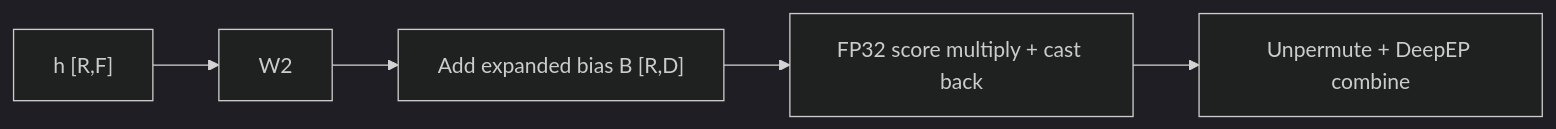
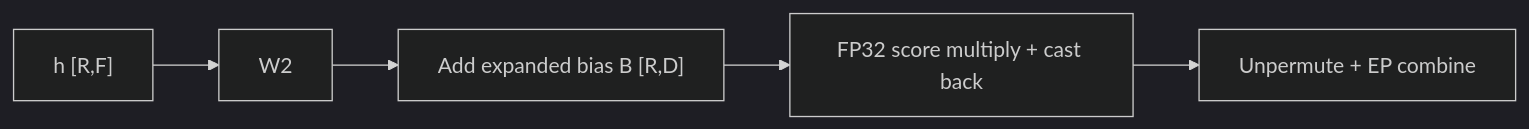
Before and after one commit to Mystri/torchtitan: the second of 4 diagrams in torchtitan/models/common/moe/ROUTER_SCORE_ABSORPTION.md, drawn with Mermaid (dark theme). The commit also changed other lines of this file and 7 other files, not shown here.

````diff
--- a/torchtitan/models/common/moe/ROUTER_SCORE_ABSORPTION.md
+++ b/torchtitan/models/common/moe/ROUTER_SCORE_ABSORPTION.md
@@ -15,6 +67,6 @@
 ```mermaid
 flowchart LR
     H["h [R,F]"] --> W["W2"] --> A["Add expanded bias B [R,D]"]
     A --> S["FP32 score multiply + cast back"]
-    S --> C["Unpermute + DeepEP combine"]
+    S --> C["Unpermute + EP combine"]
 ```
````
